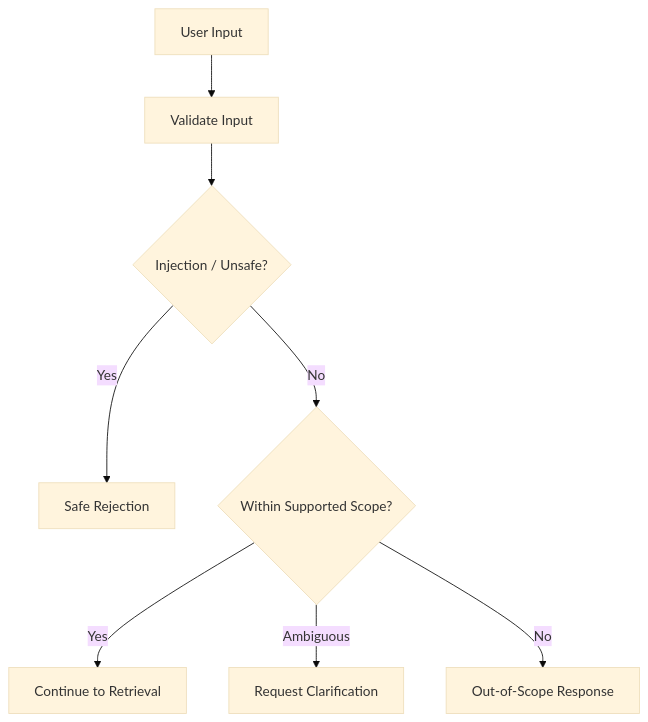
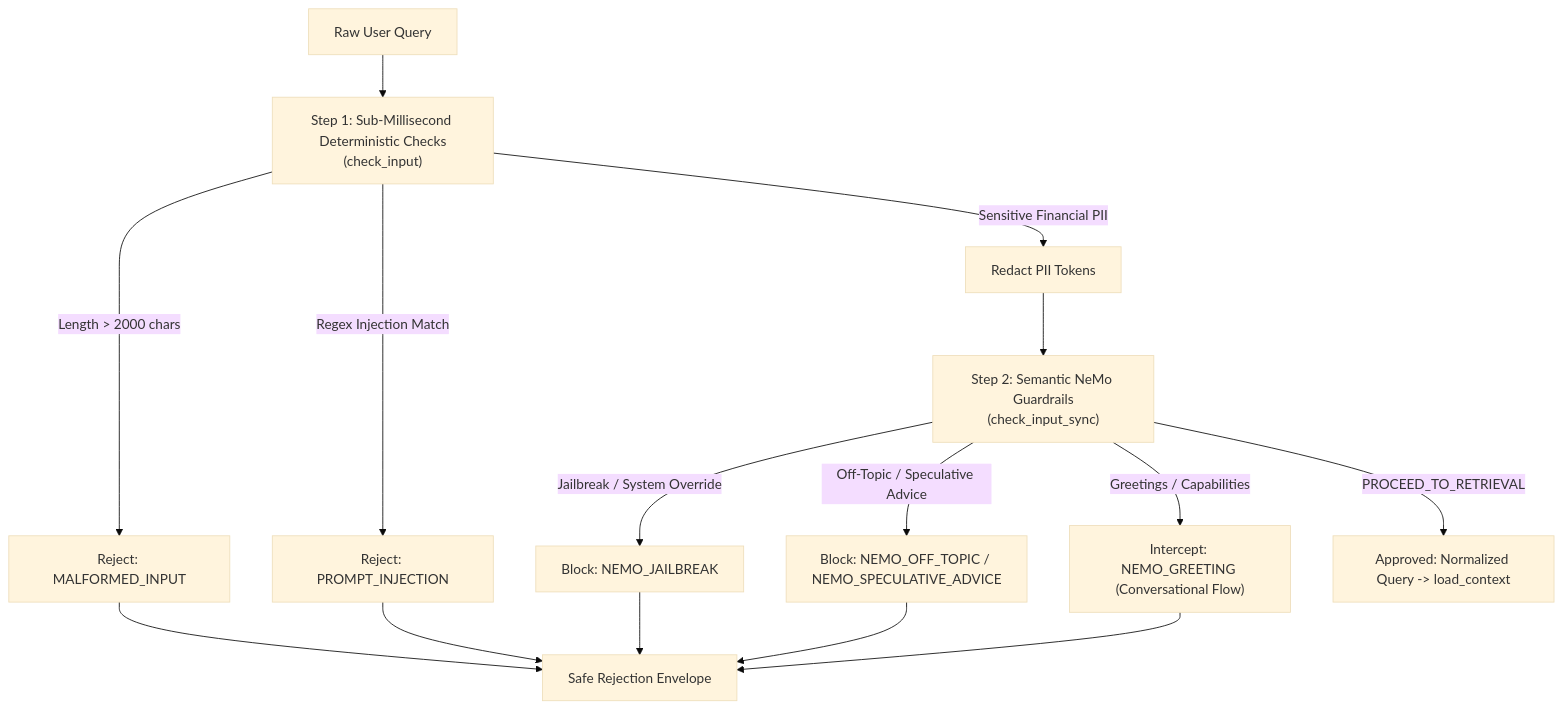
One commit to AdithyaGopakumar/Advanced-RAG-Banking changed the third of 8 diagrams in docs/GUARDRAILS.md. Above: the diagram before and after it, drawn with Mermaid (base theme). The commit also changed other lines of this file and 8 other files, not shown here.

````diff
--- a/docs/GUARDRAILS.md
+++ b/docs/GUARDRAILS.md
@@ -276,12 +216,21 @@
-``` mermaid
+```mermaid
 flowchart TD
-    Input["User Input"] --> Validate["Validate Input"]
+    Query["Raw User Query"] --> Step1["Step 1: Sub-Millisecond Deterministic Checks<br/>(check_input)"]
 
-    Validate --> Injection{"Injection / Unsafe?"}
-    Injection -->|Yes| Reject["Safe Rejection"]
-    Injection -->|No| Scope{"Within Supported Scope?"}
+    Step1 -->|Length > 2000 chars| Reject1["Reject: MALFORMED_INPUT"]
+    Step1 -->|Regex Injection Match| Reject2["Reject: PROMPT_INJECTION"]
+    Step1 -->|Sensitive Financial PII| Redact["Redact PII Tokens"]
 
-    Scope -->|Yes| Continue["Continue to Retrieval"]
-    Scope -->|Ambiguous| Clarify["Request Clarification"]
-    Scope -->|No| Unsupported["Out-of-Scope Response"]
+    Redact --> Step2["Step 2: Semantic NeMo Guardrails<br/>(check_input_sync)"]
+
+    Step2 -->|Jailbreak / System Override| Reject3["Block: NEMO_JAILBREAK"]
+    Step2 -->|Off-Topic / Speculative Advice| Reject4["Block: NEMO_OFF_TOPIC / NEMO_SPECULATIVE_ADVICE"]
+    Step2 -->|Greetings / Capabilities| Intercept["Intercept: NEMO_GREETING (Conversational Flow)"]
+    Step2 -->|PROCEED_TO_RETRIEVAL| Approved["Approved: Normalized Query -> load_context"]
+
+    Reject1 --> END["Safe Rejection Envelope"]
+    Reject2 --> END
+    Reject3 --> END
+    Reject4 --> END
+    Intercept --> END
 ```
````
